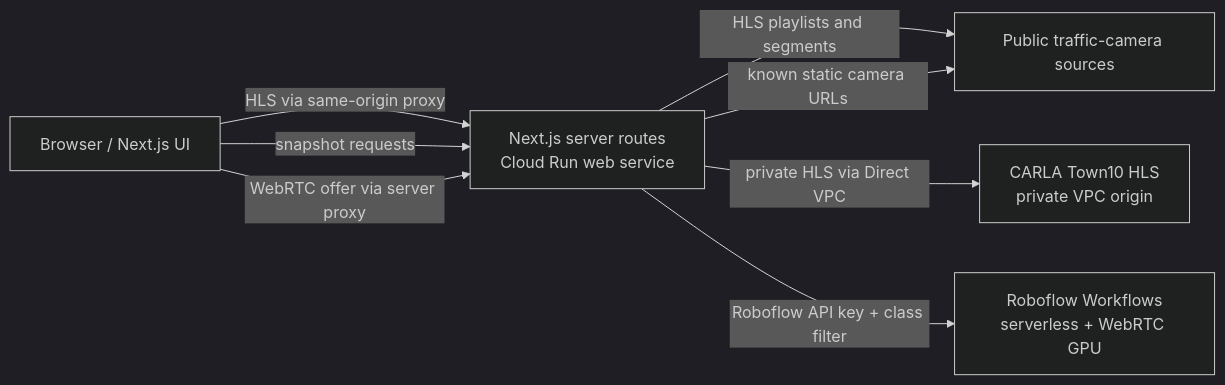
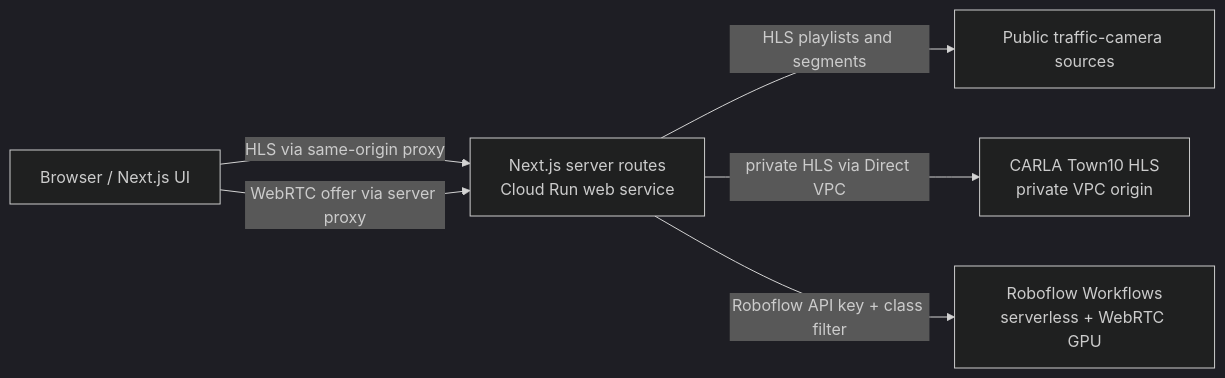
The first of 2 diagrams in docs/architecture.md (vinceallenvince/xwalk-keyboards), drawn with Mermaid (dark theme) before and after one commit. The commit also changed other lines of this file and 19 other files, not shown here.

First line of the commit message:
Redesign Camera Registry around live cameras; remove static snapshot cameras (VIN-89) (#65)

````diff
--- a/docs/architecture.md
+++ b/docs/architecture.md
@@ -74,16 +74,14 @@
 ```mermaid
 flowchart LR
   Browser["Browser / Next.js UI"]
   App["Next.js server routes\nCloud Run web service"]
   Cams["Public traffic-camera sources"]
   CARLA["CARLA Town10 HLS\nprivate VPC origin"]
   RF["Roboflow Workflows\nserverless + WebRTC GPU"]
 
   Browser -->|"HLS via same-origin proxy"| App
   App -->|"HLS playlists and segments"| Cams
   App -->|"private HLS via Direct VPC"| CARLA
-  Browser -->|"snapshot requests"| App
-  App -->|"known static camera URLs"| Cams
   Browser -->|"WebRTC offer via server proxy"| App
   App -->|"Roboflow API key + class filter"| RF
 ```
````
